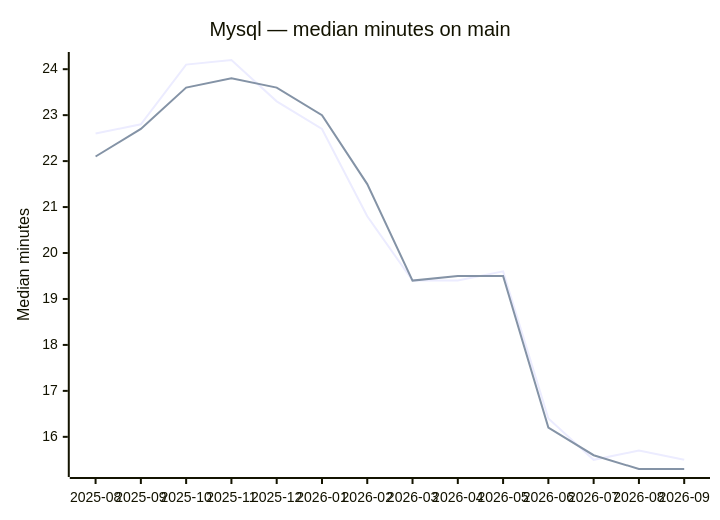
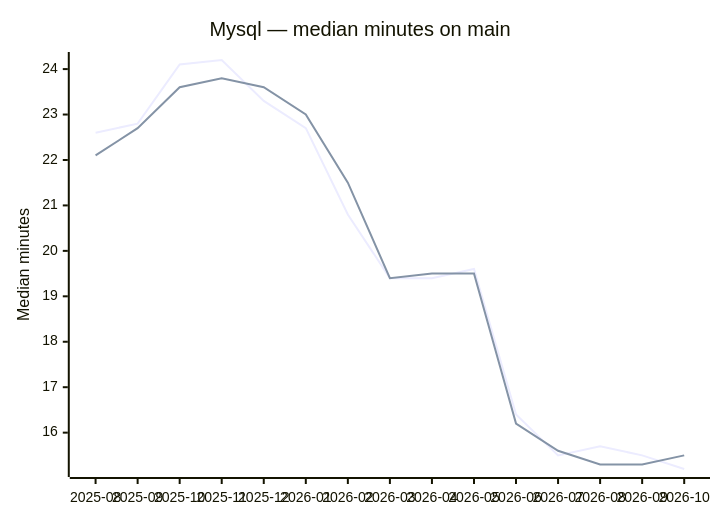
The first of 2 diagrams in README.md (cloudfoundry/cloud_controller_ng), drawn with Mermaid before and after one commit. The commit also changed other lines of this file and 1 other file, not shown here.

````diff
--- a/README.md
+++ b/README.md
@@ -14,8 +14,8 @@
 ```mermaid
 xychart-beta
     title "Mysql — median minutes on main"
-    x-axis ["2025-08", "2025-09", "2025-10", "2025-11", "2025-12", "2026-01", "2026-02", "2026-03", "2026-04", "2026-05", "2026-06", "2026-07", "2026-08", "2026-09"]
+    x-axis ["2025-08", "2025-09", "2025-10", "2025-11", "2025-12", "2026-01", "2026-02", "2026-03", "2026-04", "2026-05", "2026-06", "2026-07", "2026-08", "2026-09", "2026-10"]
     y-axis "Median minutes"
-    line "mysql:8.0" [22.6, 22.8, 24.1, 24.2, 23.3, 22.7, 20.8, 19.4, 19.4, 19.6, 16.4, 15.5, 15.7, 15.5]
-    line "mysql:8.2" [22.1, 22.7, 23.6, 23.8, 23.6, 23.0, 21.5, 19.4, 19.5, 19.5, 16.2, 15.6, 15.3, 15.3]
+    line "mysql:8.0" [22.6, 22.8, 24.1, 24.2, 23.3, 22.7, 20.8, 19.4, 19.4, 19.6, 16.4, 15.5, 15.7, 15.5, 15.2]
+    line "mysql:8.2" [22.1, 22.7, 23.6, 23.8, 23.6, 23.0, 21.5, 19.4, 19.5, 19.5, 16.2, 15.6, 15.3, 15.3, 15.5]
 ```
````
